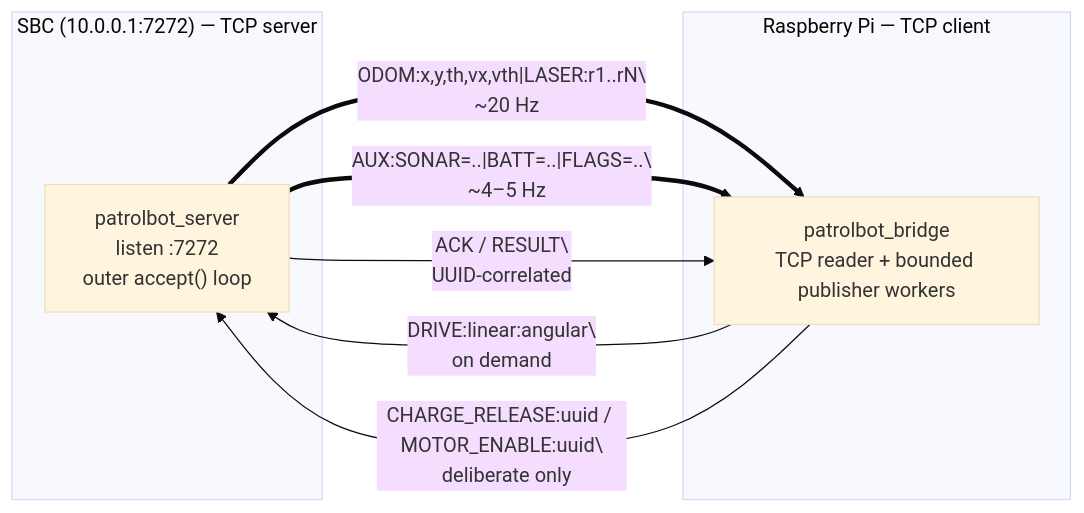
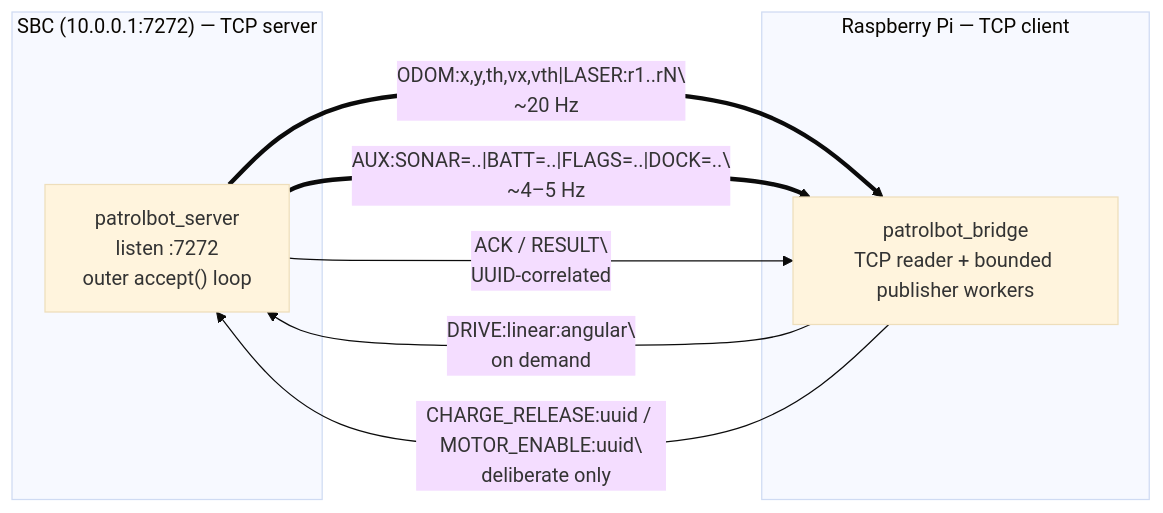
The first of 2 diagrams in docs/architecture/communication-architecture.md (cmu-impactlab/patrolbot), drawn with Mermaid (base theme) before and after one commit. The commit also changed other lines of this file and 39 other files, not shown here.

````diff
--- a/docs/architecture/communication-architecture.md
+++ b/docs/architecture/communication-architecture.md
@@ -15,15 +15,15 @@
 ```mermaid
 flowchart LR
     subgraph SBC["SBC (10.0.0.1:7272) — TCP server"]
         SRV["patrolbot_server\nlisten :7272\nouter accept() loop"]
     end
     subgraph PI["Raspberry Pi — TCP client"]
         BR["patrolbot_bridge\nTCP reader + bounded publisher workers"]
     end
 
     SRV ==>|"ODOM:x,y,th,vx,vth|LASER:r1..rN\\n  ~20 Hz"| BR
-    SRV ==>|"AUX:SONAR=..|BATT=..|FLAGS=..\\n  ~4–5 Hz"| BR
+    SRV ==>|"AUX:SONAR=..|BATT=..|FLAGS=..|DOCK=..\\n  ~4–5 Hz"| BR
     BR  -->|"DRIVE:linear:angular\\n  on demand"| SRV
     BR  -->|"CHARGE_RELEASE:uuid / MOTOR_ENABLE:uuid\\n  deliberate only"| SRV
     SRV -->|"ACK / RESULT\\n  UUID-correlated"| BR
 ```
````
